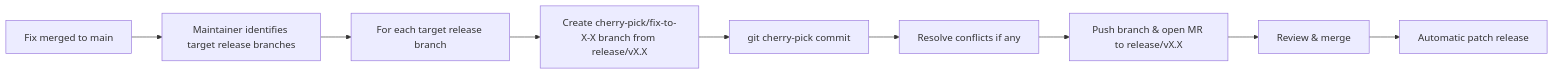
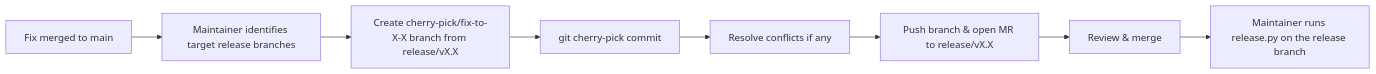
Before and after one commit to aria-ml/dataeval: the first of 4 diagrams in BRANCHING.md, drawn with Mermaid. The commit also changed other lines of this file and 18 other files, not shown here.

````diff
--- a/BRANCHING.md
+++ b/BRANCHING.md
@@ -125,11 +111,10 @@
 ```mermaid
 graph LR
     A[Fix merged to main] --> B[Maintainer identifies target release branches]
-    B --> C[For each target release branch]
-    C --> D[Create cherry-pick/fix-to-X-X branch from release/vX.X]
-    D --> E[git cherry-pick commit]
-    E --> F[Resolve conflicts if any]
-    F --> G[Push branch & open MR to release/vX.X]
-    G --> H[Review & merge]
-    H --> I[Automatic patch release]
+    B --> C[Create cherry-pick/fix-to-X-X branch from release/vX.X]
+    C --> D[git cherry-pick commit]
+    D --> E[Resolve conflicts if any]
+    E --> F[Push branch & open MR to release/vX.X]
+    F --> G[Review & merge]
+    G --> H[Maintainer runs release.py on the release branch]
 ```
````
